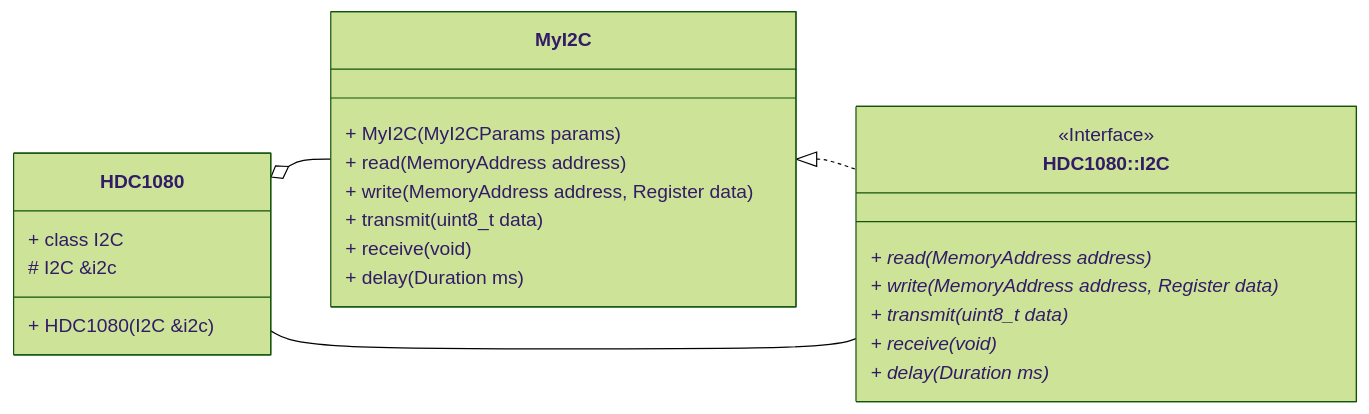
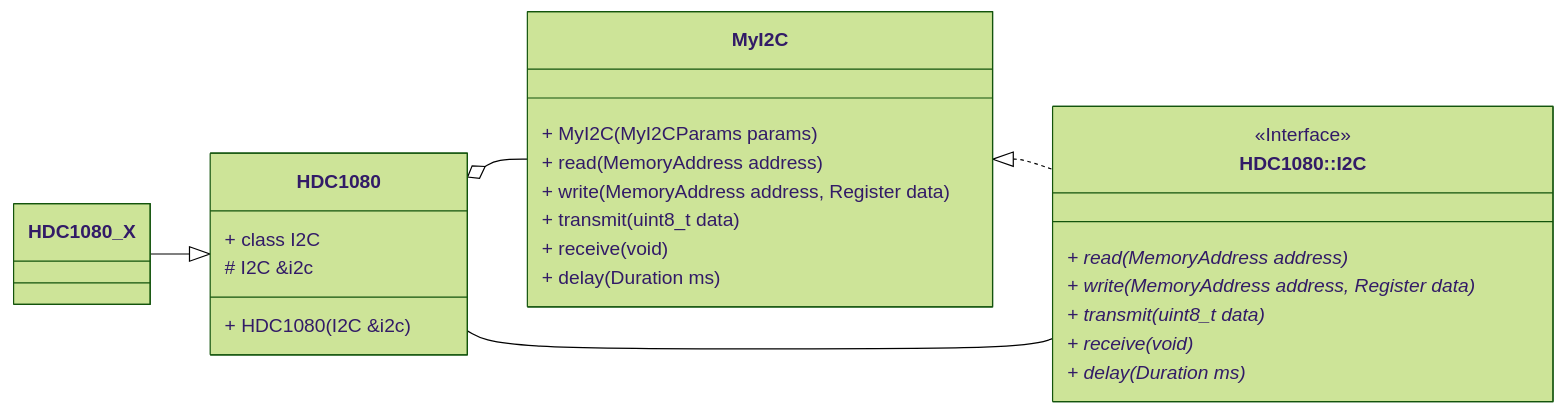
Before and after one commit to LawrenceStanton/HDC1080: the diagram in README.md, drawn with Mermaid (forest theme). The commit also changed other lines of this file, not shown here.

Commit message:
Update README Add HDC1080_X Info

````diff
--- a/README.md
+++ b/README.md
@@ -49,30 +49,31 @@
 ```mermaid
 classDiagram
     direction LR
     class HDC1080{
         + class I2C
         # I2C &i2c
         + HDC1080(I2C &i2c)
     }
     class `HDC1080::I2C`{
         <<Interface>>
         + read(MemoryAddress address)*
         + write(MemoryAddress address, Register data)*
         + transmit(uint8_t data)*
         + receive(void)*
         + delay(Duration ms)*
     }
     class MyI2C{
         + MyI2C(MyI2CParams params)
         + read(MemoryAddress address)
         + write(MemoryAddress address, Register data)
         + transmit(uint8_t data)
         + receive(void)
         + delay(Duration ms)
 
     }
 
     MyI2C <|.. `HDC1080::I2C`
     HDC1080 -- `HDC1080::I2C`
     HDC1080 o-- MyI2C
+    HDC1080_X --|> HDC1080
 ```
````
